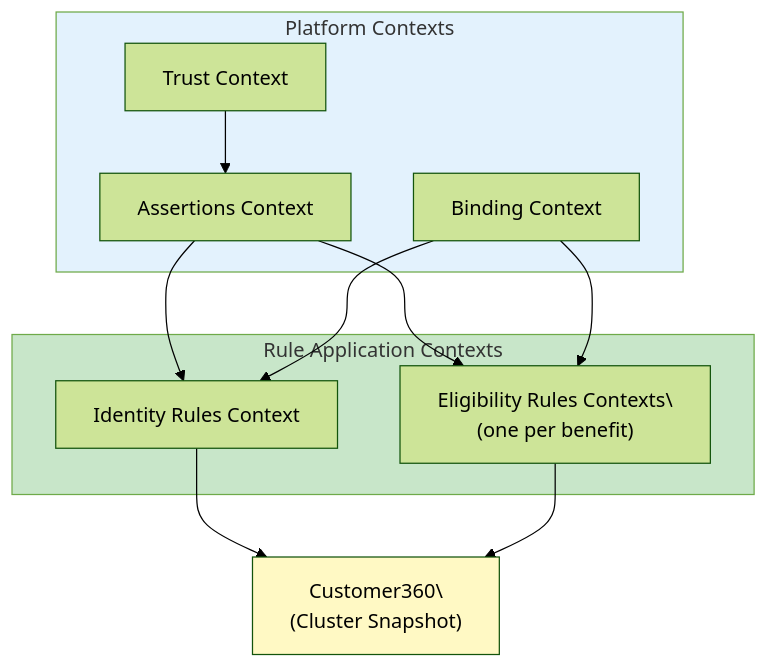
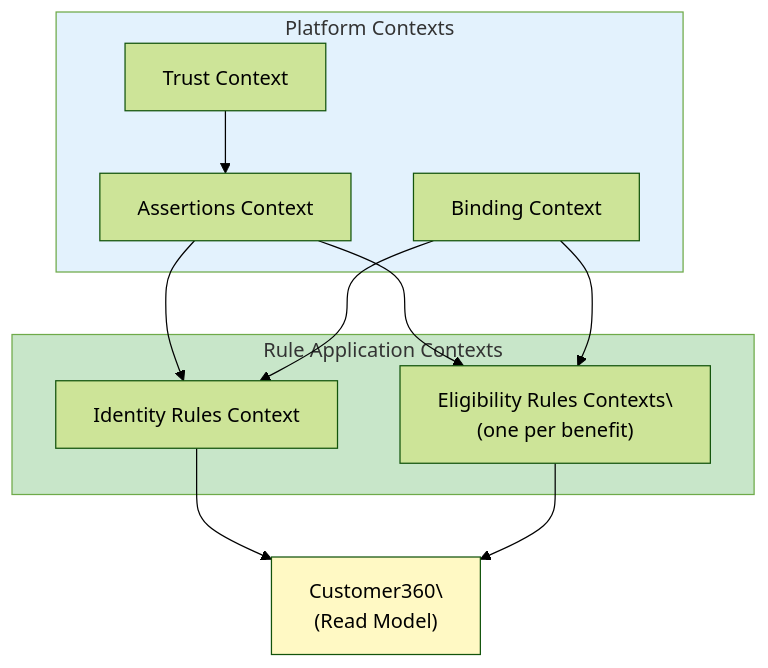
The third of 3 diagrams in docs/Paper_2_Evidence_Based_Identity.md (mrchughes/architecting-modern-government-services), drawn with Mermaid (forest theme) before and after one commit. The commit also changed other lines of this file and 2 other files, not shown here.

````diff
--- a/docs/Paper_2_Evidence_Based_Identity.md
+++ b/docs/Paper_2_Evidence_Based_Identity.md
@@ -589,25 +605,25 @@
 ```mermaid
 flowchart TB
     subgraph Platform["Platform Contexts"]
         AC["Assertions Context"]
         TC["Trust Context"]
         BC["Binding Context"]
     end
     
     subgraph Rules["Rule Application Contexts"]
         IRC["Identity Rules Context"]
         ERC["Eligibility Rules Contexts\\n(one per benefit)"]
     end
     
     AC --> IRC
     AC --> ERC
     TC --> AC
     BC --> IRC
     BC --> ERC
-    IRC --> C360["Customer360\\n(Cluster Snapshot)"]
+    IRC --> C360["Customer360\\n(Read Model)"]
     ERC --> C360
     
     style Platform fill:#e3f2fd
     style Rules fill:#c8e6c9
     style C360 fill:#fff9c4
 ```
````
